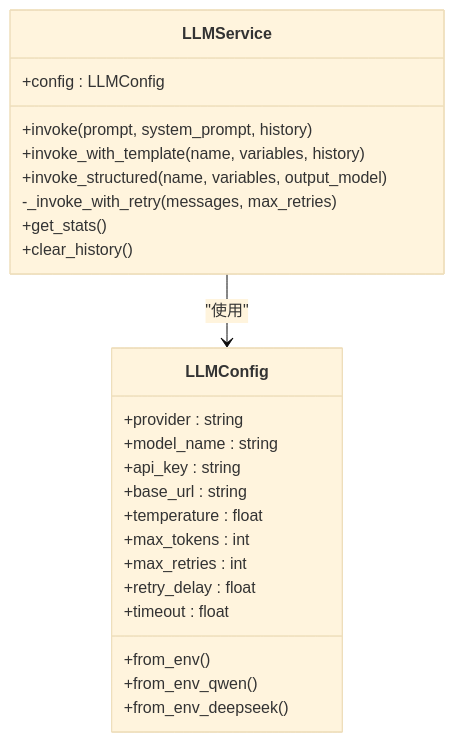
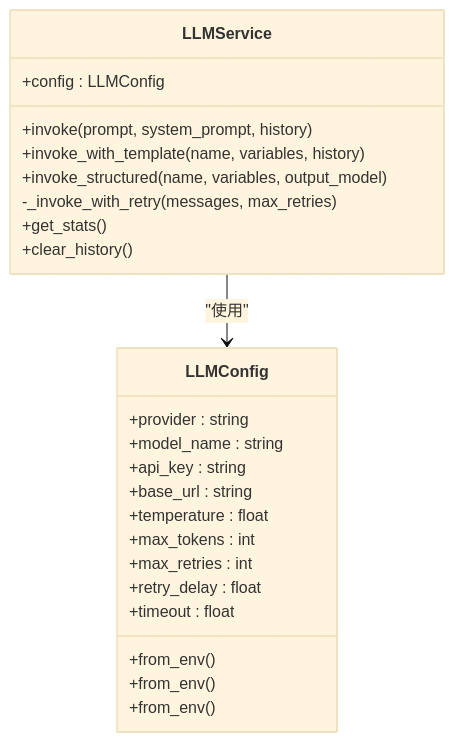
Before and after one commit to WangYiKai1017/zizuan: the third of 7 diagrams in .qoder/repowiki/zh/content/配置和部署/部署策略.md, drawn with Mermaid (base theme). The commit also changed other lines of this file and 51 other files, not shown here.

````diff
--- a/.qoder/repowiki/zh/content/配置和部署/部署策略.md
+++ b/.qoder/repowiki/zh/content/配置和部署/部署策略.md
@@ -110,27 +110,27 @@
 ```mermaid
 classDiagram
 class LLMConfig {
 +provider : string
 +model_name : string
 +api_key : string
 +base_url : string
 +temperature : float
 +max_tokens : int
 +max_retries : int
 +retry_delay : float
 +timeout : float
 +from_env()
-+from_env_qwen()
-+from_env_deepseek()
++from_env()
++from_env()
 }
 class LLMService {
 +config : LLMConfig
 +invoke(prompt, system_prompt, history)
 +invoke_with_template(name, variables, history)
 +invoke_structured(name, variables, output_model)
 -_invoke_with_retry(messages, max_retries)
 +get_stats()
 +clear_history()
 }
 LLMService --> LLMConfig : "使用"
 ```
````
